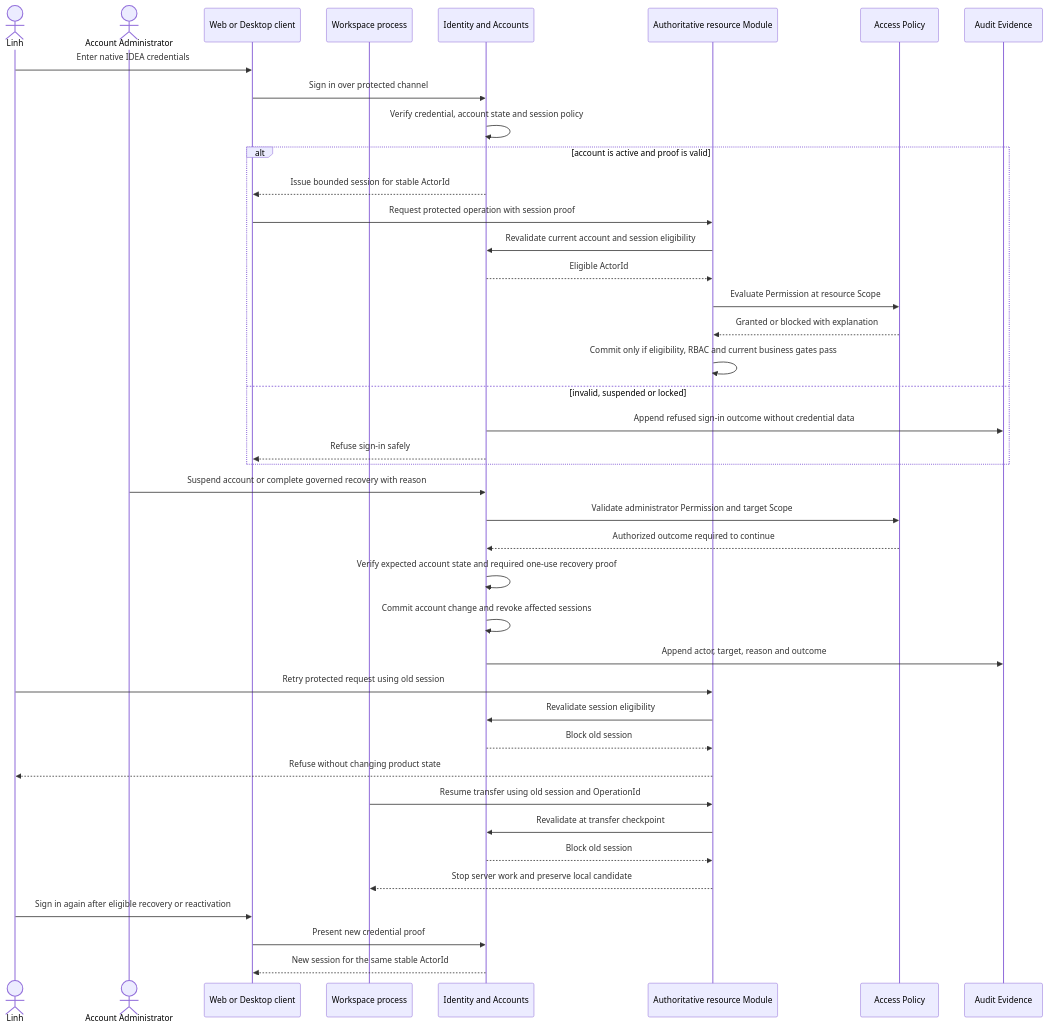
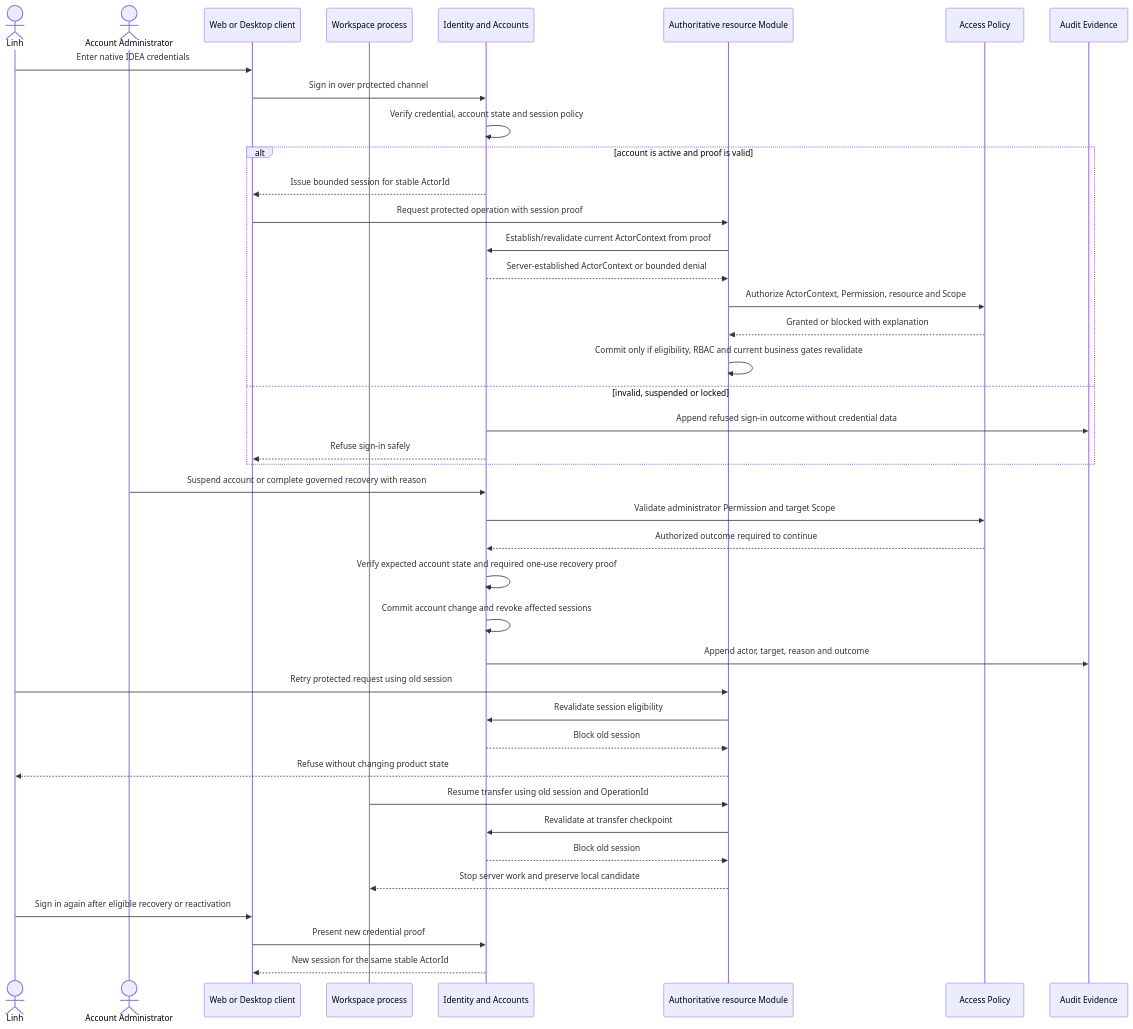
One commit to devphuclam/IDEAEngineering changed diagram 17 of 26 in docs/product/instances/idea-engineering/DOC-05-architecture-description.md. Above: the diagram before and after it, drawn with Mermaid. The commit also changed other lines of this file and 73 other files, not shown here.

Commit message:
docs: correct architecture custody and audit views

````diff
--- a/docs/product/instances/idea-engineering/DOC-05-architecture-description.md
+++ b/docs/product/instances/idea-engineering/DOC-05-architecture-description.md
@@ -1241,49 +1364,49 @@
 ```mermaid
 sequenceDiagram
     accTitle: Native account session revocation and recovery
-    accDescr: Linh signs in through the IDEA client and receives a bounded session only when the account is active. Every protected resource Module asks Identity and Accounts for current eligibility before applying RBAC and its business gates. When an Account Administrator suspends the account or recovery changes credentials, affected sessions are revoked. Later requests and resumed transfers using an old session are refused, while local Workspace files remain safe. A fresh eligible sign-in keeps the same stable Actor history.
+    accDescr: Linh signs in through the IDEA client and receives a bounded session only when the account is active. A client sends session proof, never a trusted ActorId; Server/IAM establishes ActorContext before the owner asks Access Policy and applies business gates. When an Account Administrator suspends the account or recovery changes credentials, affected sessions are revoked. Later requests and resumed transfers using an old session are refused, while local Workspace files remain safe. A fresh eligible sign-in keeps the same stable Actor history.
 
     actor Linh
     actor Admin as Account Administrator
     participant Client as Web or Desktop client
     participant Workspace as Workspace process
     participant IAM as Identity and Accounts
     participant Owner as Authoritative resource Module
     participant Policy as Access Policy
     participant Audit as Audit Evidence
 
     Linh->>Client: Enter native IDEA credentials
     Client->>IAM: Sign in over protected channel
     IAM->>IAM: Verify credential, account state and session policy
     alt account is active and proof is valid
         IAM-->>Client: Issue bounded session for stable ActorId
         Client->>Owner: Request protected operation with session proof
-        Owner->>IAM: Revalidate current account and session eligibility
-        IAM-->>Owner: Eligible ActorId
-        Owner->>Policy: Evaluate Permission at resource Scope
+        Owner->>IAM: Establish/revalidate current ActorContext from proof
+        IAM-->>Owner: Server-established ActorContext or bounded denial
+        Owner->>Policy: Authorize ActorContext, Permission, resource and Scope
         Policy-->>Owner: Granted or blocked with explanation
-        Owner->>Owner: Commit only if eligibility, RBAC and current business gates pass
+        Owner->>Owner: Commit only if eligibility, RBAC and current business gates revalidate
     else invalid, suspended or locked
         IAM->>Audit: Append refused sign-in outcome without credential data
         IAM-->>Client: Refuse sign-in safely
     end
 
     Admin->>IAM: Suspend account or complete governed recovery with reason
     IAM->>Policy: Validate administrator Permission and target Scope
     Policy-->>IAM: Authorized outcome required to continue
     IAM->>IAM: Verify expected account state and required one-use recovery proof
     IAM->>IAM: Commit account change and revoke affected sessions
     IAM->>Audit: Append actor, target, reason and outcome
     Linh->>Owner: Retry protected request using old session
     Owner->>IAM: Revalidate session eligibility
     IAM-->>Owner: Block old session
     Owner-->>Linh: Refuse without changing product state
     Workspace->>Owner: Resume transfer using old session and OperationId
     Owner->>IAM: Revalidate at transfer checkpoint
     IAM-->>Owner: Block old session
     Owner-->>Workspace: Stop server work and preserve local candidate
 
     Linh->>Client: Sign in again after eligible recovery or reactivation
     Client->>IAM: Present new credential proof
     IAM-->>Client: New session for the same stable ActorId
 ```
````
